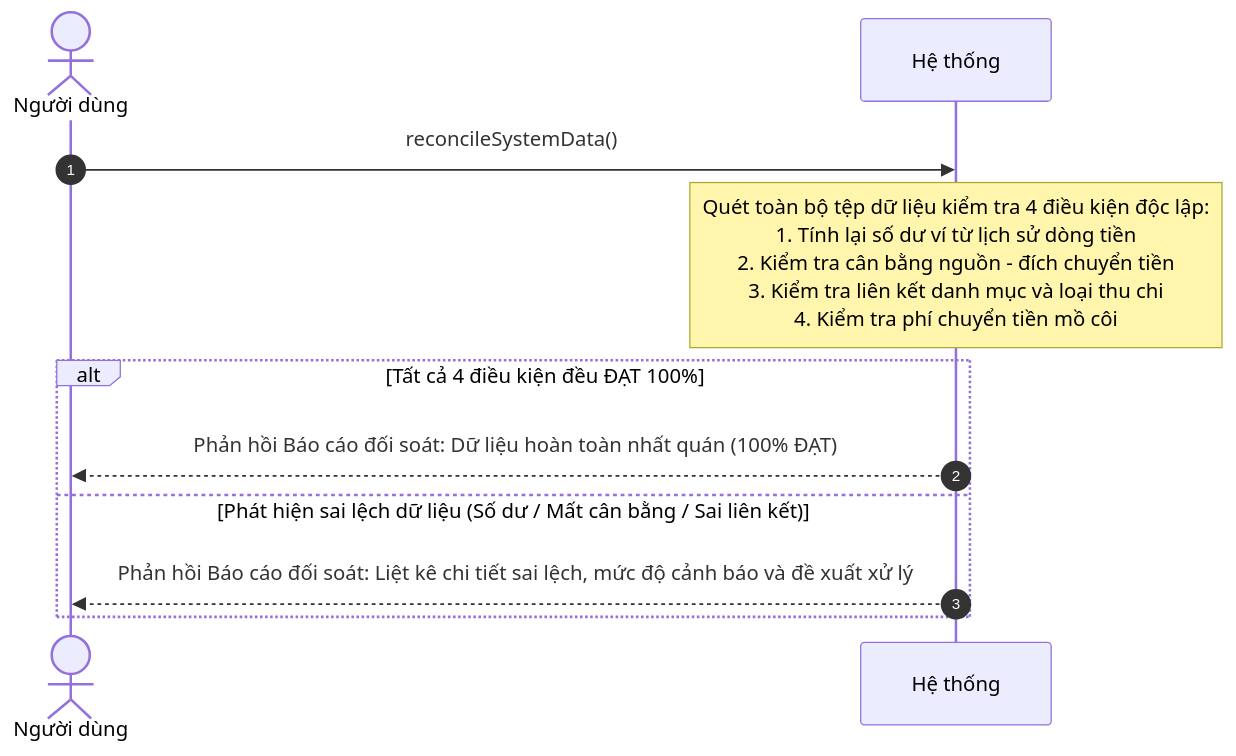
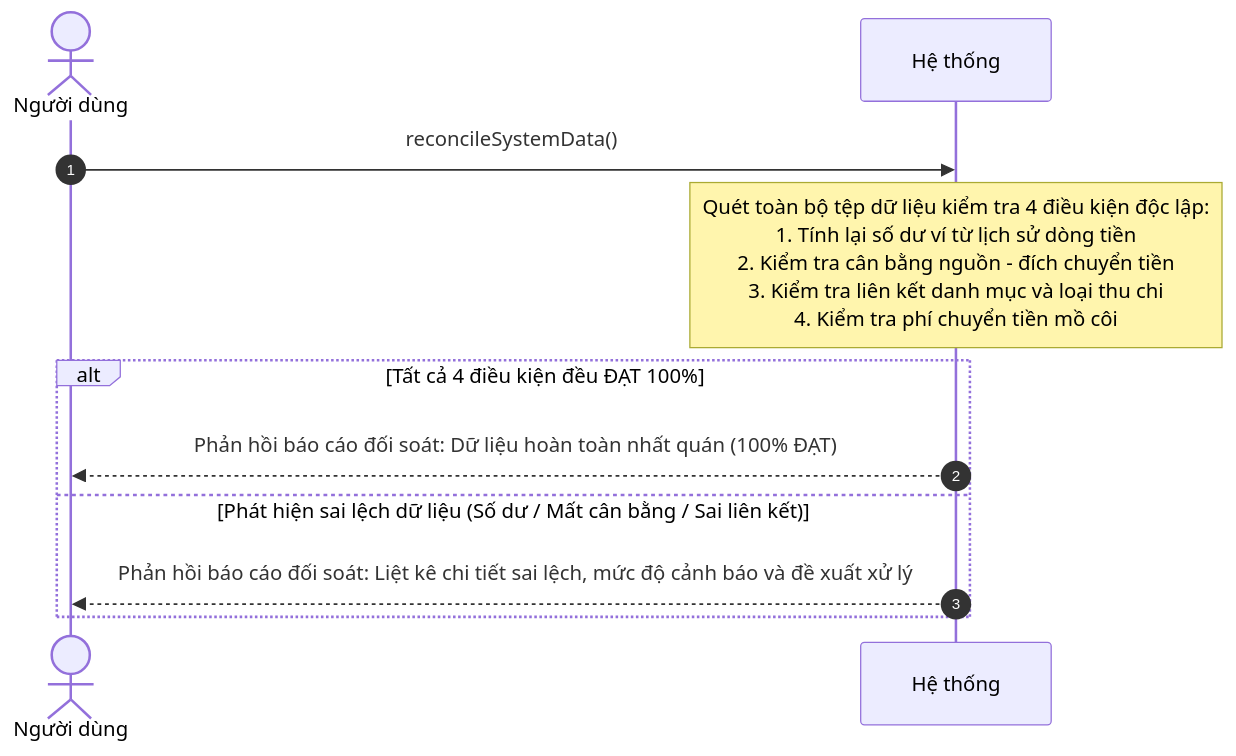
One commit to mynhleeh/pfms-oop changed diagram 20 of 20 in docs/object-oriented-analysis/03-so-do-tuan-tu-he-thong-ssd.md. Above: the diagram before and after it, drawn with Mermaid. The commit also changed other lines of this file and 7 other files, not shown here.

````diff
--- a/docs/object-oriented-analysis/03-so-do-tuan-tu-he-thong-ssd.md
+++ b/docs/object-oriented-analysis/03-so-do-tuan-tu-he-thong-ssd.md
@@ -771,14 +763,14 @@
 ```mermaid
 sequenceDiagram
     autonumber
     actor User as Người dùng
     participant System as Hệ thống
 
     User->>System: reconcileSystemData()
     Note over System: Quét toàn bộ tệp dữ liệu kiểm tra 4 điều kiện độc lập:<br/>1. Tính lại số dư ví từ lịch sử dòng tiền<br/>2. Kiểm tra cân bằng nguồn - đích chuyển tiền<br/>3. Kiểm tra liên kết danh mục và loại thu chi<br/>4. Kiểm tra phí chuyển tiền mồ côi
     alt Tất cả 4 điều kiện đều ĐẠT 100%
-        System-->>User: Phản hồi Báo cáo đối soát: Dữ liệu hoàn toàn nhất quán (100% ĐẠT)
+        System-->>User: Phản hồi báo cáo đối soát: Dữ liệu hoàn toàn nhất quán (100% ĐẠT)
     else Phát hiện sai lệch dữ liệu (Số dư / Mất cân bằng / Sai liên kết)
-        System-->>User: Phản hồi Báo cáo đối soát: Liệt kê chi tiết sai lệch, mức độ cảnh báo và đề xuất xử lý
+        System-->>User: Phản hồi báo cáo đối soát: Liệt kê chi tiết sai lệch, mức độ cảnh báo và đề xuất xử lý
     end
 ```
````
